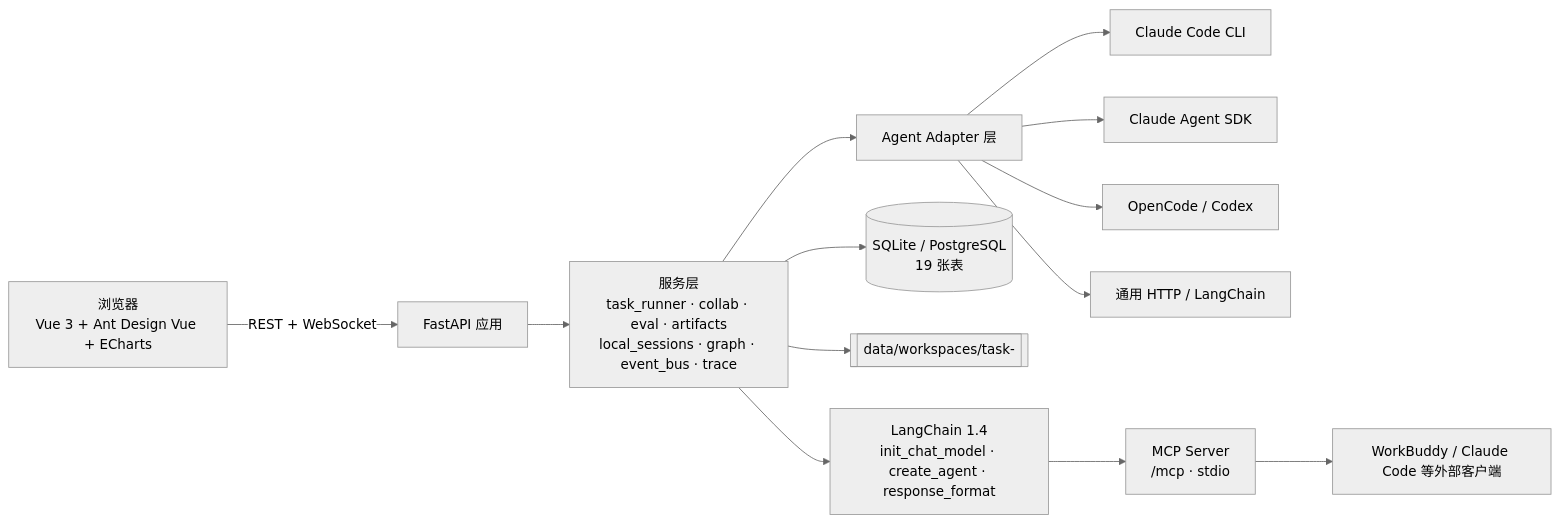
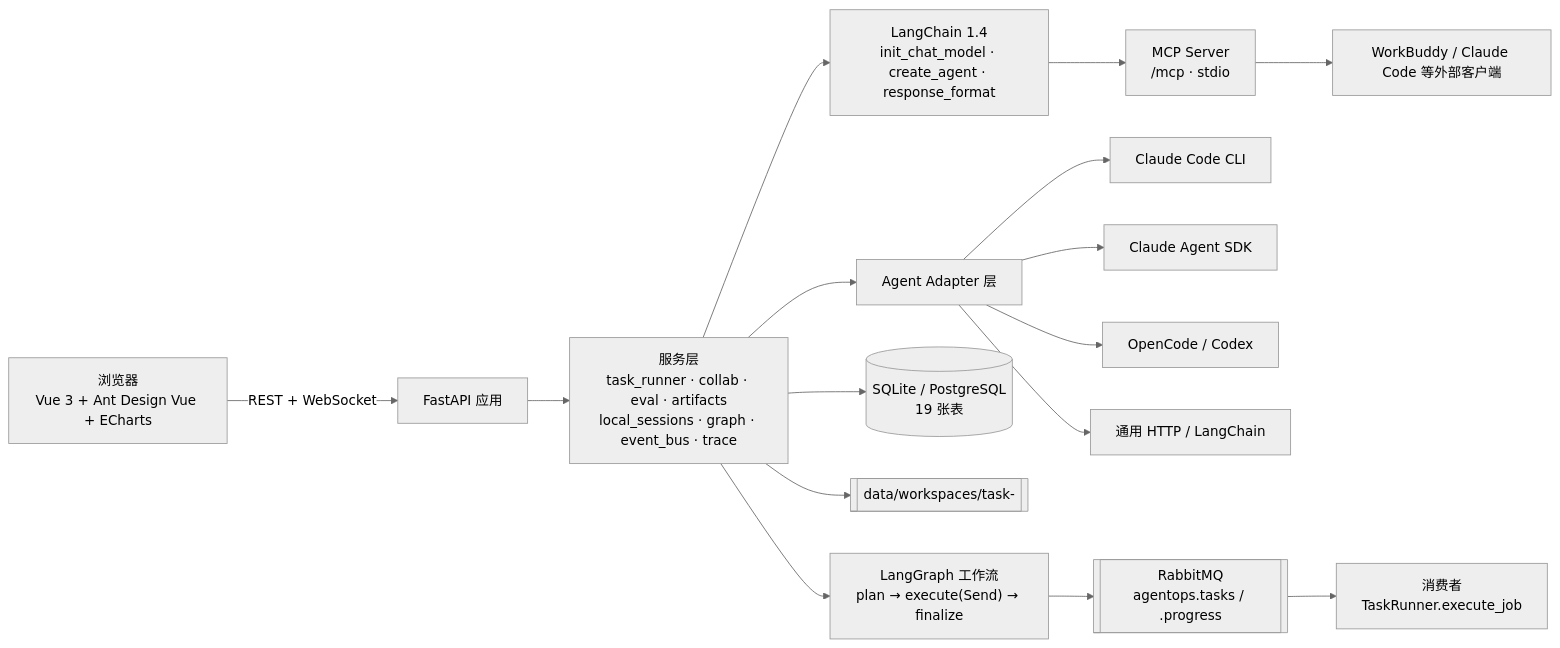
Before and after one commit to adg9527/agentops-center: the diagram in README.md, drawn with Mermaid (neutral theme). The commit also changed other lines of this file and 13 other files, not shown here.

First line of the commit message:
feat(scheduler): LangGraph 编排任务 + RabbitMQ 调度中心

````diff
--- a/README.md
+++ b/README.md
@@ -71,15 +72,18 @@
 ```mermaid
 flowchart LR
   U["浏览器<br/>Vue 3 + Ant Design Vue + ECharts"] -->|REST + WebSocket| A["FastAPI 应用"]
   A --> S["服务层<br/>task_runner · collab · eval · artifacts<br/>local_sessions · graph · event_bus · trace"]
   S --> L["LangChain 1.4<br/>init_chat_model · create_agent · response_format"]
+  S --> WF["LangGraph 工作流<br/>plan → execute(Send) → finalize"]
+  WF --> Q[["RabbitMQ<br/>agentops.tasks / .progress"]]
+  Q --> WK["消费者<br/>TaskRunner.execute_job"]
   S --> DB[("SQLite / PostgreSQL<br/>19 张表")]
   S --> W[["data/workspaces/task-<id>"]]
   S --> AD["Agent Adapter 层"]
   AD --> C1["Claude Code CLI"]
   AD --> C2["Claude Agent SDK"]
   AD --> C3["OpenCode / Codex"]
   AD --> C4["通用 HTTP / LangChain"]
   L --> M["MCP Server<br/>/mcp · stdio"]
   M --> X["WorkBuddy / Claude Code 等外部客户端"]
 ```
````
